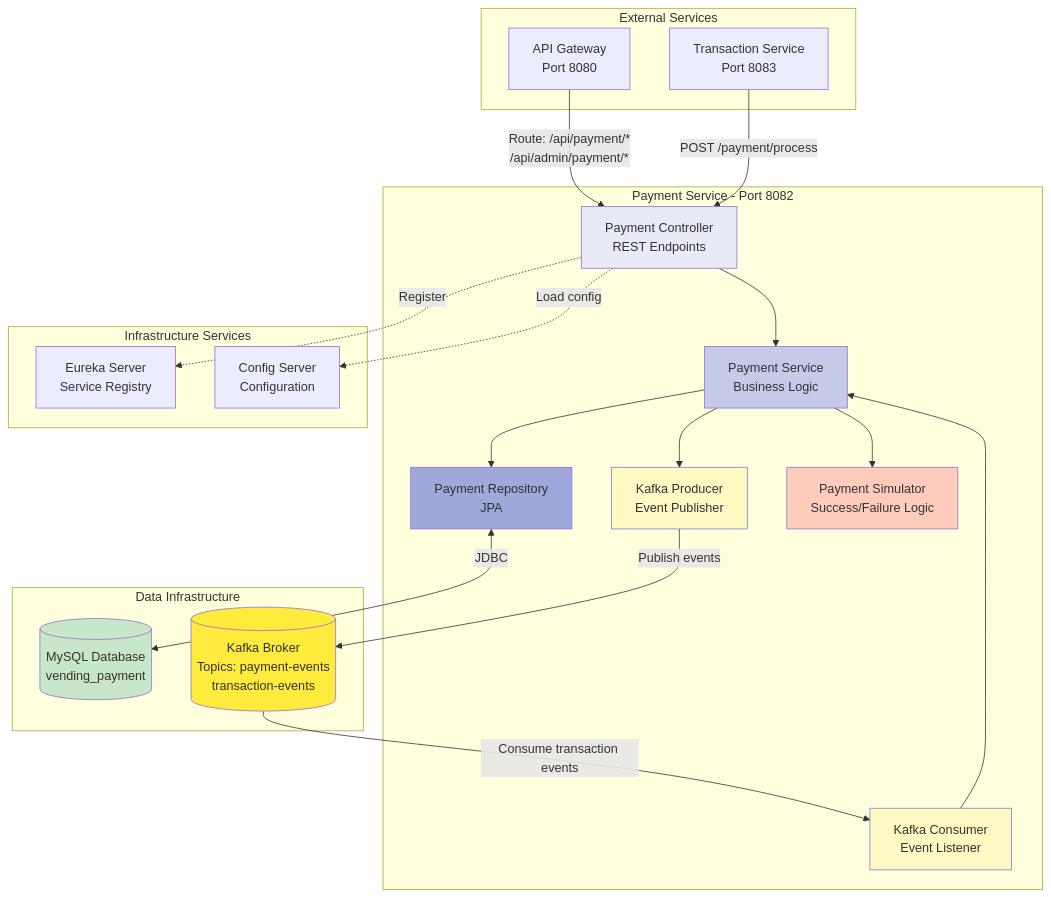
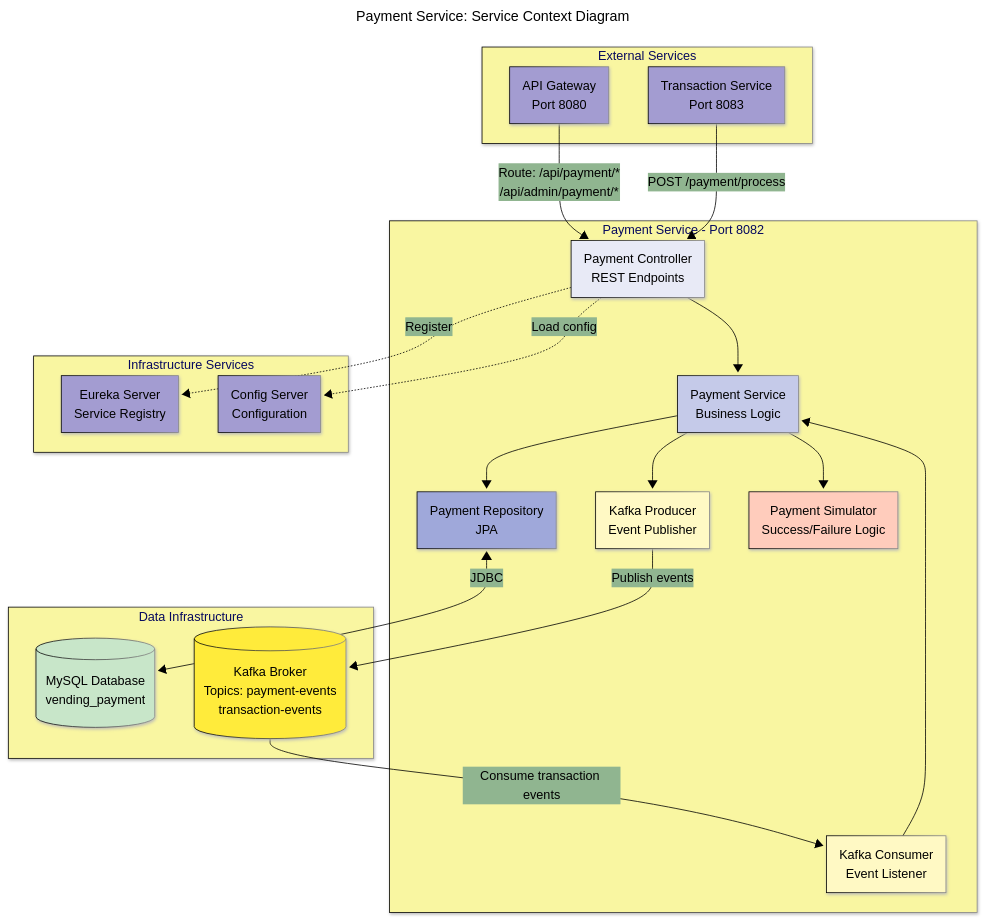
One commit to BrunoGil-AS/Vending-Machine-Microservices changed the first of 10 diagrams in Documentation/diagrams/payment-service.md. Above: the diagram before and after it, drawn with Mermaid. The commit also changed other lines of this file and 7 other files, not shown here.

Commit message:
docs: Update service diagrams with new configurations and titles

````diff
--- a/Documentation/diagrams/payment-service.md
+++ b/Documentation/diagrams/payment-service.md
@@ -18,51 +18,65 @@
 ```mermaid
+---
+config:
+  theme: base
+  themeVariables:
+    primaryColor: '#a39cd1ff'
+    primaryTextColor: '#000000'
+    secondaryTextColor: '#ffffffff'
+    primaryBorderColor: '#000000'
+    lineColor: '#000000ff'
+    secondaryColor: '#90b590ff'
+    tertiaryColor: '#f9f6a1ff'
+  look: neo
+title: 'Payment Service: Service Context Diagram'
+---
 graph TB
     subgraph "External Services"
         GATEWAY[API Gateway<br/>Port 8080]
         TRANSACTION[Transaction Service<br/>Port 8083]
     end
 
     subgraph "Payment Service - Port 8082"
         CONTROLLER[Payment Controller<br/>REST Endpoints]
         SERVICE[Payment Service<br/>Business Logic]
         REPO[Payment Repository<br/>JPA]
         KAFKA_PRODUCER[Kafka Producer<br/>Event Publisher]
         KAFKA_CONSUMER[Kafka Consumer<br/>Event Listener]
         SIMULATOR[Payment Simulator<br/>Success/Failure Logic]
     end
 
     subgraph "Data Infrastructure"
         DB[(MySQL Database<br/>vending_payment)]
         KAFKA[(Kafka Broker<br/>Topics: payment-events<br/>transaction-events)]
     end
 
     subgraph "Infrastructure Services"
         EUREKA[Eureka Server<br/>Service Registry]
         CONFIG[Config Server<br/>Configuration]
     end
 
     GATEWAY -->|Route: /api/payment/*<br/>/api/admin/payment/*| CONTROLLER
     TRANSACTION -->|POST /payment/process| CONTROLLER
 
     CONTROLLER --> SERVICE
     SERVICE --> REPO
     SERVICE --> SIMULATOR
     SERVICE --> KAFKA_PRODUCER
     KAFKA_CONSUMER --> SERVICE
 
     REPO <-->|JDBC| DB
     KAFKA_PRODUCER -->|Publish events| KAFKA
     KAFKA -->|Consume transaction events| KAFKA_CONSUMER
 
     CONTROLLER -.->|Register| EUREKA
     CONTROLLER -.->|Load config| CONFIG
 
     style CONTROLLER fill:#e8eaf6
     style SERVICE fill:#c5cae9
     style REPO fill:#9fa8da
     style SIMULATOR fill:#ffccbc
     style KAFKA_PRODUCER fill:#fff9c4
     style KAFKA_CONSUMER fill:#fff9c4
     style DB fill:#c8e6c9
     style KAFKA fill:#ffeb3b
 ```
````
